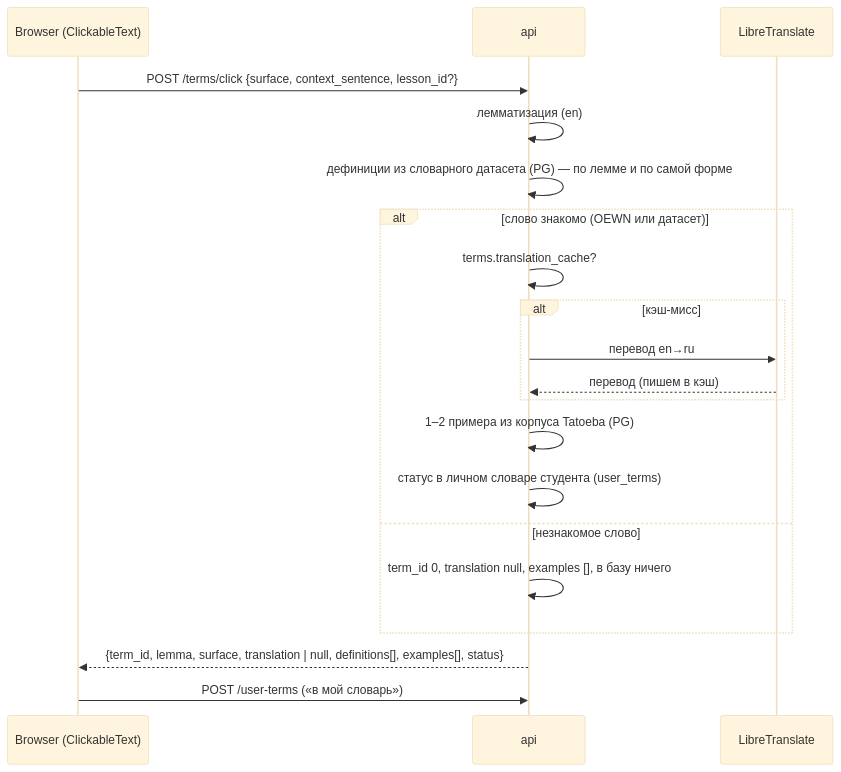
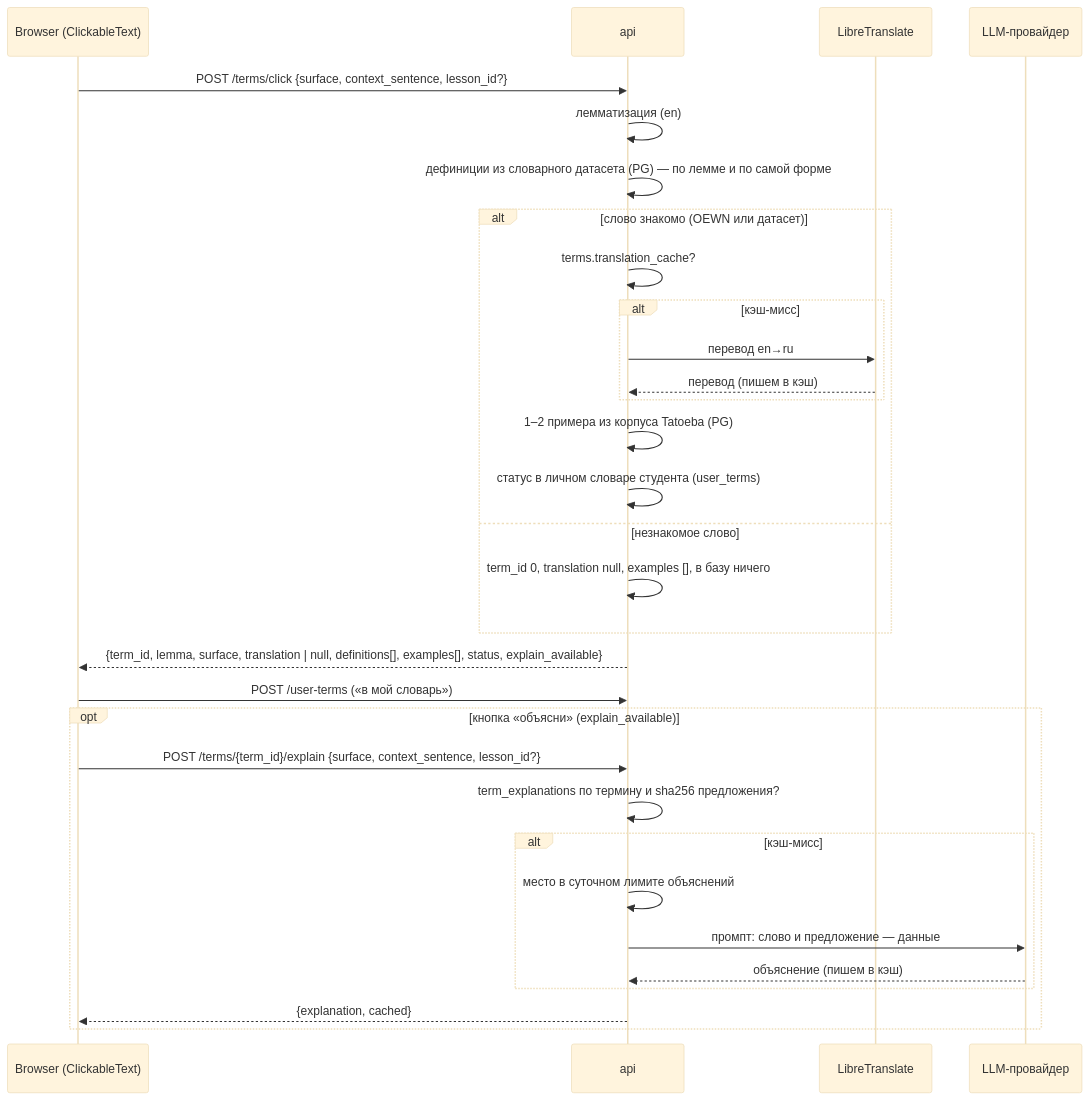
The diagram in docs/architecture/flows/word-click.md (IEZhu/class), drawn with Mermaid (base theme) before and after one commit. The commit also changed other lines of this file and 8 other files, not shown here.

````diff
--- a/docs/architecture/flows/word-click.md
+++ b/docs/architecture/flows/word-click.md
@@ -9,22 +9,33 @@
 ```mermaid
 sequenceDiagram
     participant B as Browser (ClickableText)
     participant A as api
     participant LT as LibreTranslate
+    participant LLM as LLM-провайдер
     B->>A: POST /terms/click {surface, context_sentence, lesson_id?}
     A->>A: лемматизация (en)
     A->>A: дефиниции из словарного датасета (PG) — по лемме и по самой форме
     alt слово знакомо (OEWN или датасет)
         A->>A: terms.translation_cache?
         alt кэш-мисс
             A->>LT: перевод en→ru
             LT-->>A: перевод (пишем в кэш)
         end
         A->>A: 1–2 примера из корпуса Tatoeba (PG)
         A->>A: статус в личном словаре студента (user_terms)
     else незнакомое слово
         A->>A: term_id 0, translation null, examples [], в базу ничего
     end
-    A-->>B: {term_id, lemma, surface, translation | null, definitions[], examples[], status}
+    A-->>B: {term_id, lemma, surface, translation | null, definitions[], examples[], status, explain_available}
     B->>A: POST /user-terms («в мой словарь»)
+    opt кнопка «объясни» (explain_available)
+        B->>A: POST /terms/{term_id}/explain {surface, context_sentence, lesson_id?}
+        A->>A: term_explanations по термину и sha256 предложения?
+        alt кэш-мисс
+            A->>A: место в суточном лимите объяснений
+            A->>LLM: промпт: слово и предложение — данные
+            LLM-->>A: объяснение (пишем в кэш)
+        end
+        A-->>B: {explanation, cached}
+    end
 ```
````
